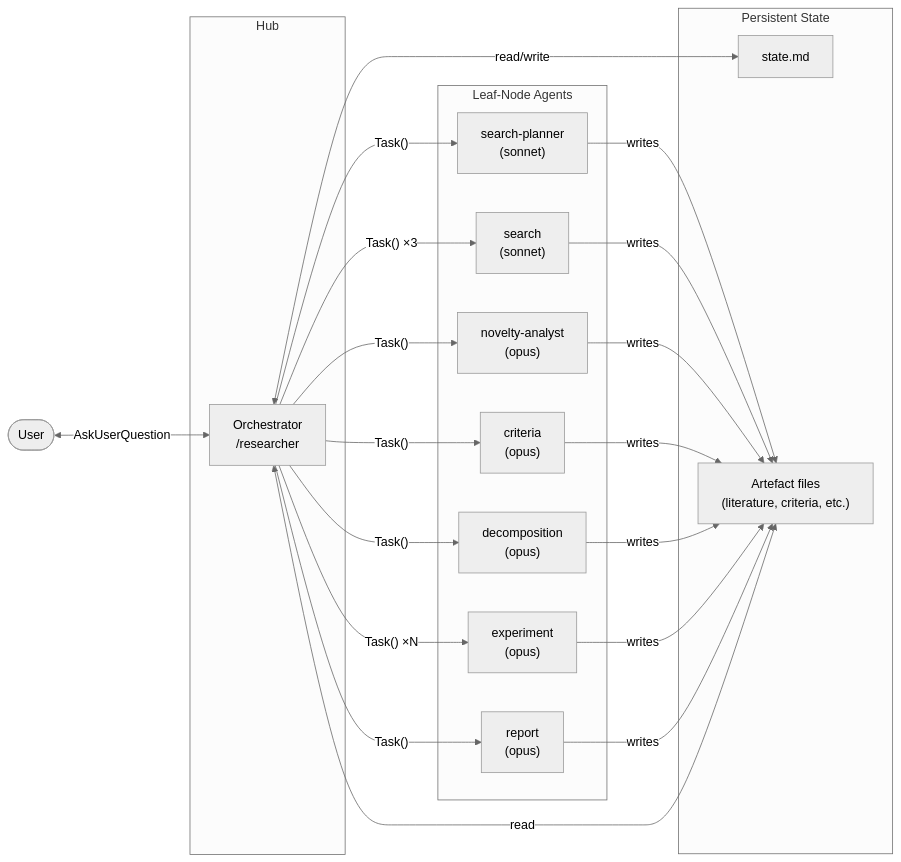
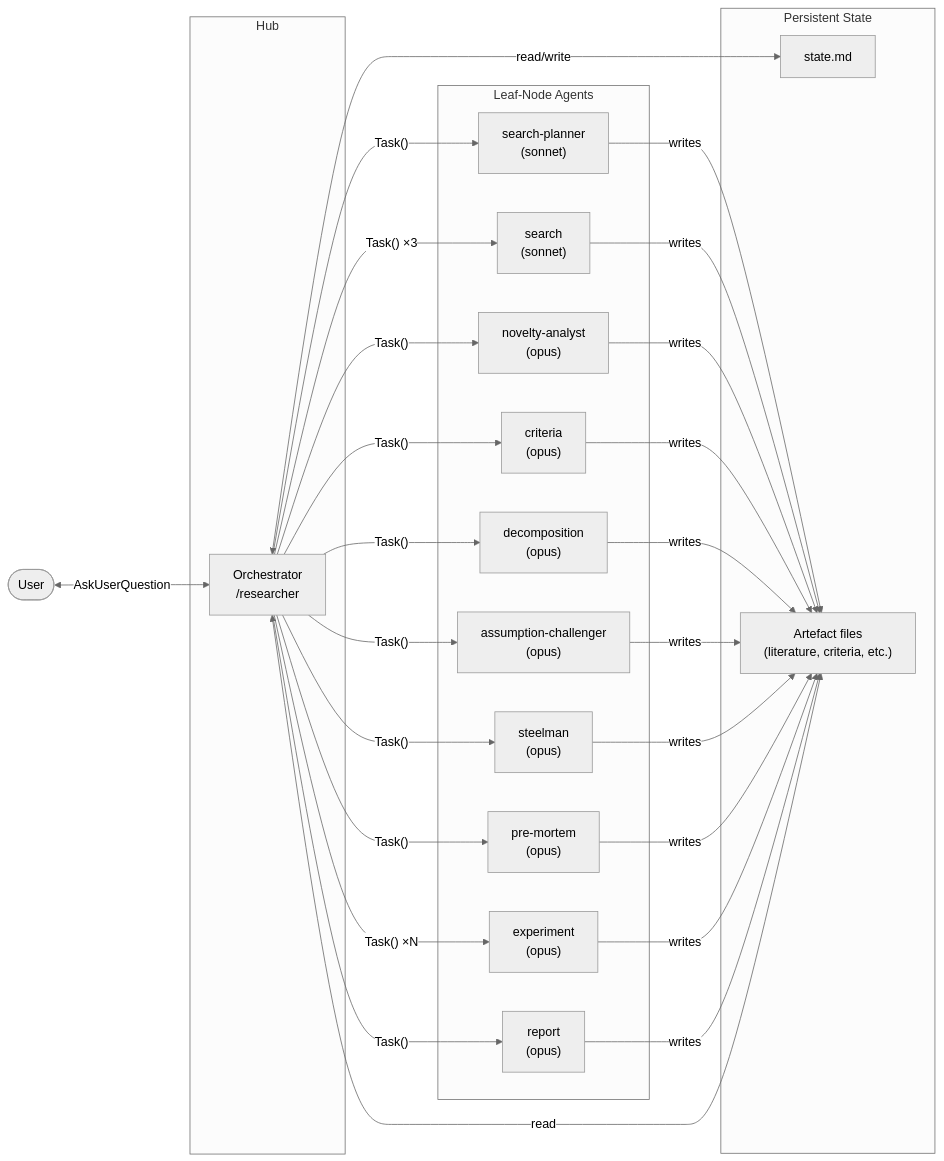
One commit to tbuckworth/ai-safety-researcher changed the second of 4 diagrams in docs/DIAGRAM.md. Above: the diagram before and after it, drawn with Mermaid (neutral theme). The commit also changed other lines of this file and 11 other files, not shown here.

First line of the commit message:
Add Step 6: Challenge the Research Plan (assumption, steelman, pre-mortem)

````diff
--- a/docs/DIAGRAM.md
+++ b/docs/DIAGRAM.md
@@ -63,41 +72,50 @@
 ```mermaid
 flowchart LR
     subgraph Hub
         O["Orchestrator\n/researcher"]
     end
 
     subgraph Agents["Leaf-Node Agents"]
         A1["search-planner\n(sonnet)"]
         A2["search\n(sonnet)"]
         A3["novelty-analyst\n(opus)"]
         A4["criteria\n(opus)"]
         A5["decomposition\n(opus)"]
-        A6["experiment\n(opus)"]
-        A7["report\n(opus)"]
+        A6["assumption-challenger\n(opus)"]
+        A7["steelman\n(opus)"]
+        A8["pre-mortem\n(opus)"]
+        A9["experiment\n(opus)"]
+        A10["report\n(opus)"]
     end
 
     subgraph State["Persistent State"]
         SM["state.md"]
         AR["Artefact files\n(literature, criteria, etc.)"]
     end
 
     U(["User"]) <-->|"AskUserQuestion"| O
     O -->|"Task()"| A1
     O -->|"Task() ×3"| A2
     O -->|"Task()"| A3
     O -->|"Task()"| A4
     O -->|"Task()"| A5
-    O -->|"Task() ×N"| A6
+    O -->|"Task()"| A6
     O -->|"Task()"| A7
+    O -->|"Task()"| A8
+    O -->|"Task() ×N"| A9
+    O -->|"Task()"| A10
 
     A1 -->|writes| AR
     A2 -->|writes| AR
     A3 -->|writes| AR
     A4 -->|writes| AR
     A5 -->|writes| AR
     A6 -->|writes| AR
     A7 -->|writes| AR
+    A8 -->|writes| AR
+    A9 -->|writes| AR
+    A10 -->|writes| AR
 
     O <-->|"read/write"| SM
     O <-->|"read"| AR
 ```
````
